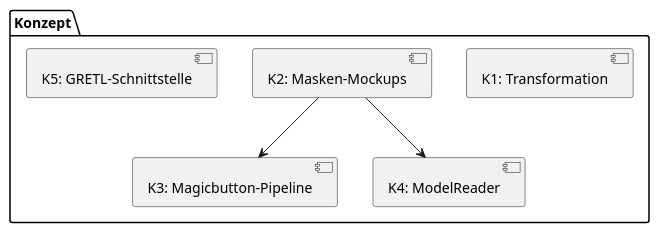
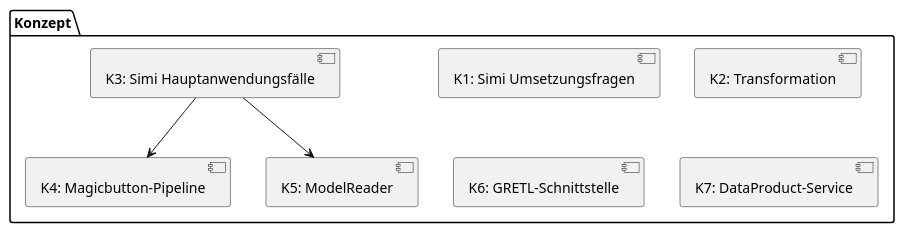
The diagram in prj_dok/puml/src/ap_konzept.puml (sogis/simi), drawn with PlantUML before and after one commit. The commit also changed 1 other file, not shown here.

```diff
--- a/prj_dok/puml/src/ap_konzept.puml
+++ b/prj_dok/puml/src/ap_konzept.puml
@@ -1,12 +1,14 @@
 @startuml
 package "Konzept" {
-    [K1: Transformation] as k1
-    [K2: Masken-Mockups] as k2
-    [K3: Magicbutton-Pipeline] as k3
-    [K4: ModelReader] as k4
-    [K5: GRETL-Schnittstelle] as k5
+    [K1: Simi Umsetzungsfragen] as k1
+    [K2: Transformation] as k2
+    [K3: Simi Hauptanwendungsfälle] as k3
+    [K4: Magicbutton-Pipeline] as k4
+    [K5: ModelReader] as k5
+    [K6: GRETL-Schnittstelle] as k6
+    [K7: DataProduct-Service] as k7
 
-    k2 --> k3
-    k2 --> k4
+    k3 --> k4
+    k3 --> k5
 }
 @enduml
```
